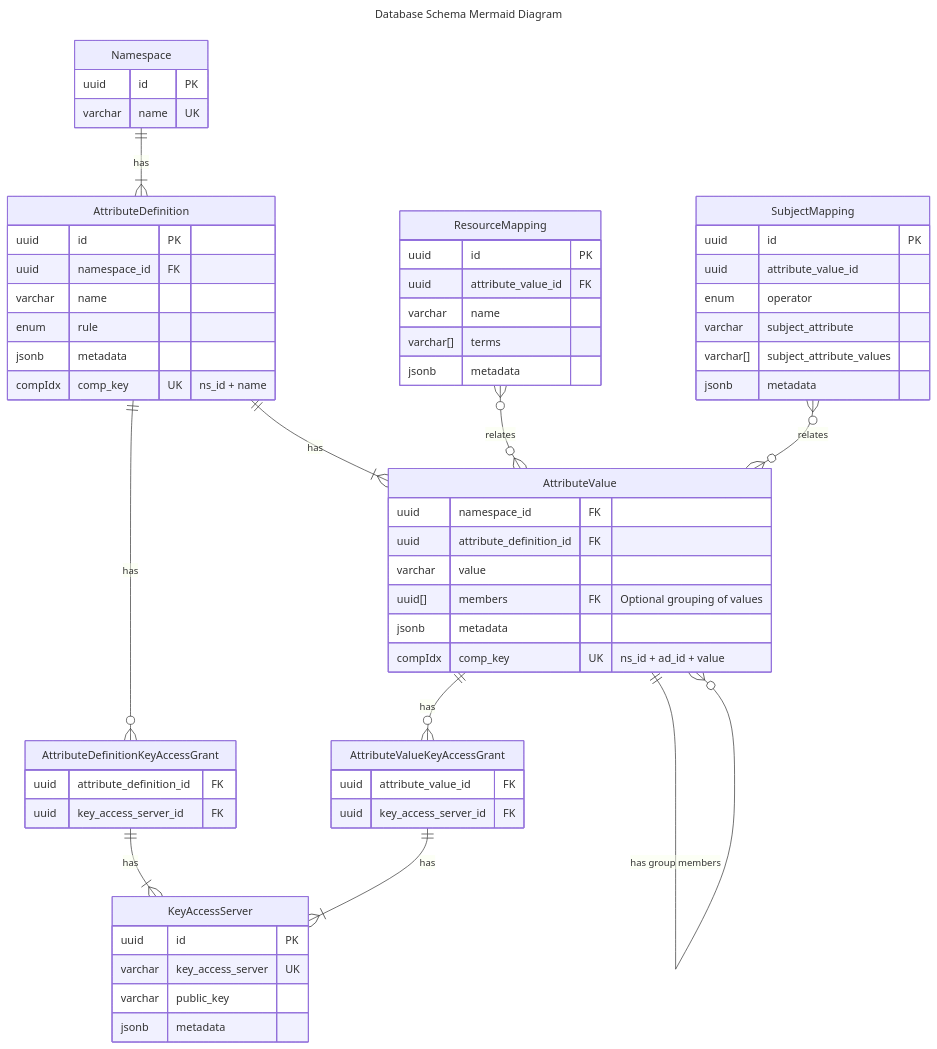
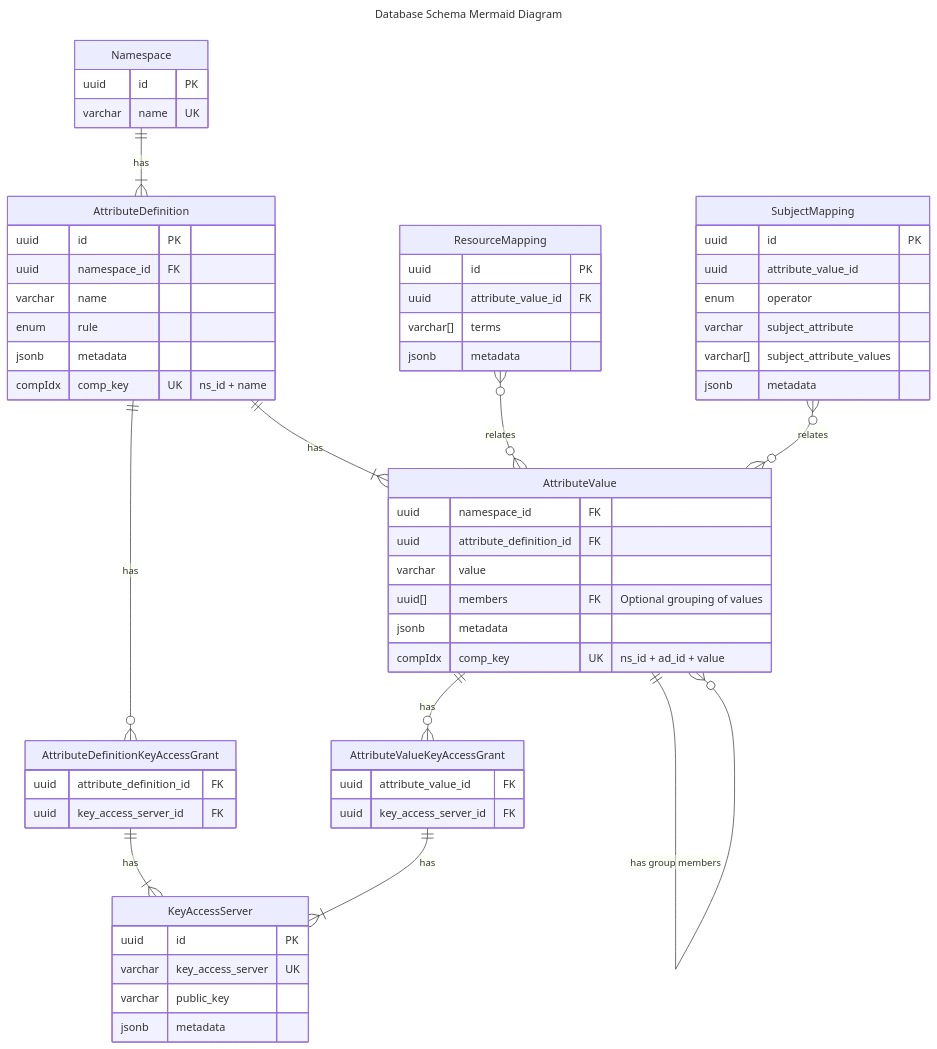
One commit to passion-127/TDF changed the diagram in migrations/20240118000000_diagram.md. Above: the diagram before and after it, drawn with Mermaid. The commit also changed 6 other files, not shown here.

```diff
--- a/migrations/20240118000000_diagram.md
+++ b/migrations/20240118000000_diagram.md
@@ -66,7 +66,6 @@
     ResourceMapping {
         uuid         id                 PK
         uuid         attribute_value_id FK
-        varchar      name
         varchar[]    terms
         jsonb        metadata
     }
```
